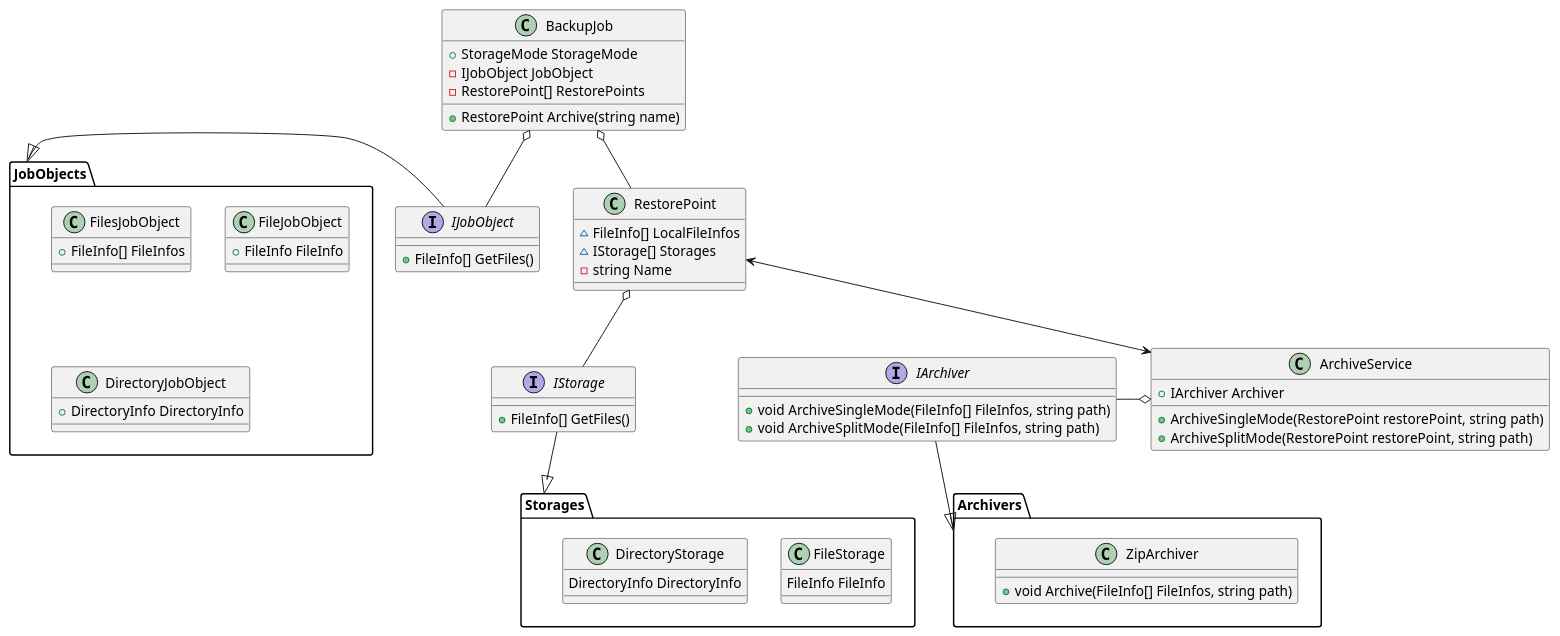
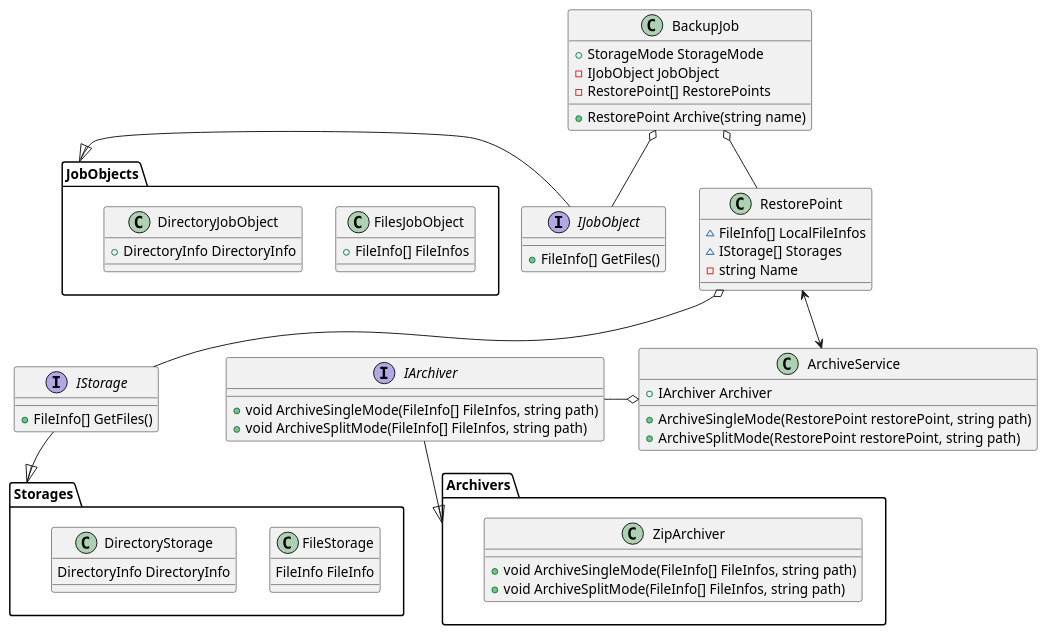
The diagram in Docs/Classes.puml (Ar4eR-ValerA/OOP.IIIsem), drawn with PlantUML before and after one commit. The commit also changed 9 other files, not shown here.

```diff
--- a/Docs/Classes.puml
+++ b/Docs/Classes.puml
@@ -1,76 +1,73 @@
 @startuml
 
 class BackupJob {
     + StorageMode StorageMode
     - IJobObject JobObject
     - RestorePoint[] RestorePoints
     
     + RestorePoint Archive(string name)
 }
 
 interface IJobObject {
     + FileInfo[] GetFiles()
 }
 
 package JobObjects {
     class FilesJobObject {
         + FileInfo[] FileInfos
     }
     
-    class FileJobObject {
-        + FileInfo FileInfo
-    }
-    
     class DirectoryJobObject {
         + DirectoryInfo DirectoryInfo
     }
 }
 
 class RestorePoint {
     ~ FileInfo[] LocalFileInfos
     ~ IStorage[] Storages
     - string Name
 }
 
 interface IStorage {
     + FileInfo[] GetFiles()
 }
 
 package Archivers {
     class ZipArchiver {
-        + void Archive(FileInfo[] FileInfos, string path)
+        + void ArchiveSingleMode(FileInfo[] FileInfos, string path)
+        + void ArchiveSplitMode(FileInfo[] FileInfos, string path)
     }
 }
 
 interface IArchiver {
     + void ArchiveSingleMode(FileInfo[] FileInfos, string path)
     + void ArchiveSplitMode(FileInfo[] FileInfos, string path)
 }
 
 class ArchiveService {
     + IArchiver Archiver
     
     + ArchiveSingleMode(RestorePoint restorePoint, string path)
     + ArchiveSplitMode(RestorePoint restorePoint, string path)
 }
 
 package Storages {
     class FileStorage {
         FileInfo FileInfo
     }
     
     class DirectoryStorage {
         DirectoryInfo DirectoryInfo
     }
 }
 
 BackupJob o-- RestorePoint
 RestorePoint o-- IStorage
 BackupJob o-- IJobObject
 RestorePoint <--> ArchiveService
 JobObjects <|- IJobObject
 IStorage --|> Storages
 IArchiver -o ArchiveService
 IArchiver --|> Archivers
 
 @enduml
```
